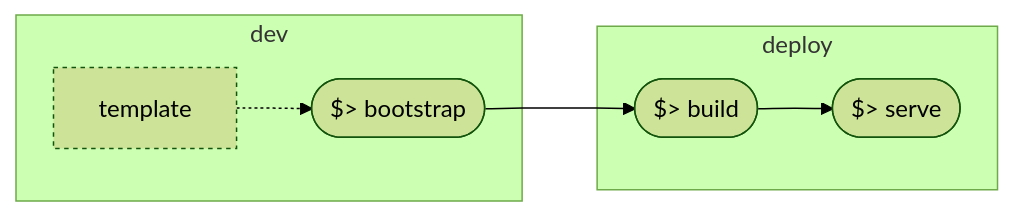
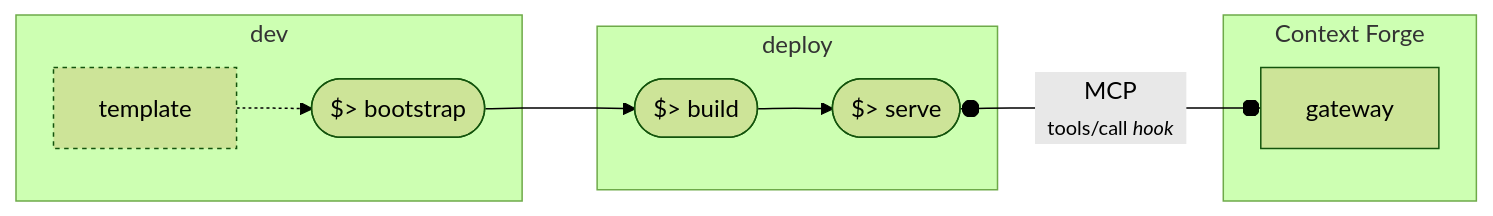
The diagram in docs/docs/using/plugins/lifecycle.md (IBM/mcp-context-forge), drawn with Mermaid (forest theme) before and after one commit. The commit also changed other lines of this file, not shown here.

````diff
--- a/docs/docs/using/plugins/lifecycle.md
+++ b/docs/docs/using/plugins/lifecycle.md
@@ -7,20 +9,26 @@
 ```mermaid
-flowchart LR
+graph LR
 
     A["template"]
     B(["$> bootstrap"])
     C(["$> build"])
     D(["$> serve"])
+    E["gateway"]
 
     subgraph dev
         A -.-> B
     end
 
     subgraph deploy
         C --> D
     end
 
     B --> C
 
+    subgraph CF["Context Forge"]
+
+        D o--"MCP<br>&nbsp;&nbsp;<small>tools/call <i>hook</i></small>&nbsp;&nbsp;"--o E
+    end
+
     style A stroke-dasharray: 3 3;
 ```
````
